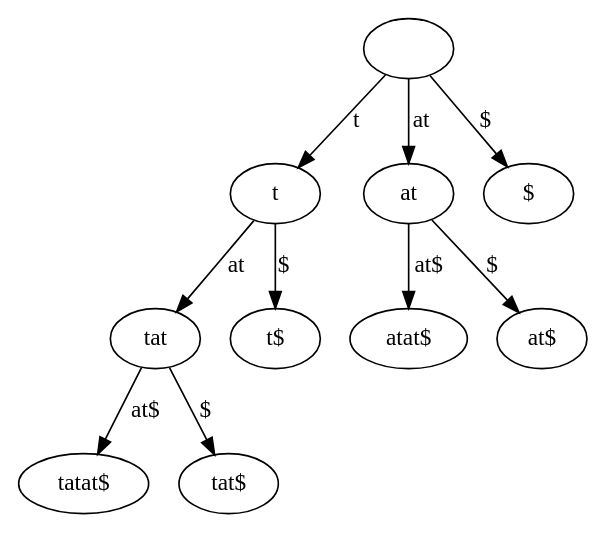
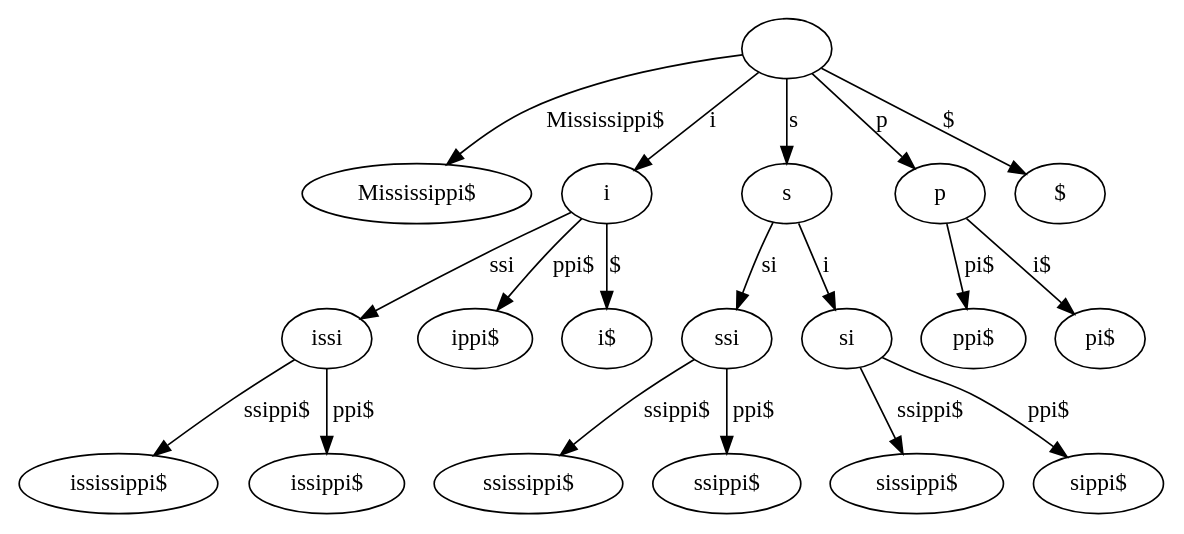
Before and after one commit to cmkobel/AiB: the diagram in project_7_suffix_trees/test-output/suffix tree.gv, drawn with Graphviz. The commit also changed 3 other files, not shown here.

```diff
--- a/project_7_suffix_trees/test-output/suffix tree.gv
+++ b/project_7_suffix_trees/test-output/suffix tree.gv
@@ -1,22 +1,40 @@
 // Suffix tree
 digraph {
 	"|" [label=""]
-	"t|t" [label=t]
-	"at|tat" [label=tat]
-	"at$|tatat$" [label="tatat$"]
-	"at|tat" -> "at$|tatat$" [label="at$"]
-	"$|tat$" [label="tat$"]
-	"at|tat" -> "$|tat$" [label="$"]
-	"t|t" -> "at|tat" [label=at]
-	"$|t$" [label="t$"]
-	"t|t" -> "$|t$" [label="$"]
-	"|" -> "t|t" [label=t]
-	"at|at" [label=at]
-	"at$|atat$" [label="atat$"]
-	"at|at" -> "at$|atat$" [label="at$"]
-	"$|at$" [label="at$"]
-	"at|at" -> "$|at$" [label="$"]
-	"|" -> "at|at" [label=at]
+	"Mississippi$|Mississippi$" [label="Mississippi$"]
+	"|" -> "Mississippi$|Mississippi$" [label="Mississippi$"]
+	"i|i" [label=i]
+	"ssi|issi" [label=issi]
+	"ssippi$|ississippi$" [label="ississippi$"]
+	"ssi|issi" -> "ssippi$|ississippi$" [label="ssippi$"]
+	"ppi$|issippi$" [label="issippi$"]
+	"ssi|issi" -> "ppi$|issippi$" [label="ppi$"]
+	"i|i" -> "ssi|issi" [label=ssi]
+	"ppi$|ippi$" [label="ippi$"]
+	"i|i" -> "ppi$|ippi$" [label="ppi$"]
+	"$|i$" [label="i$"]
+	"i|i" -> "$|i$" [label="$"]
+	"|" -> "i|i" [label=i]
+	"s|s" [label=s]
+	"si|ssi" [label=ssi]
+	"ssippi$|ssissippi$" [label="ssissippi$"]
+	"si|ssi" -> "ssippi$|ssissippi$" [label="ssippi$"]
+	"ppi$|ssippi$" [label="ssippi$"]
+	"si|ssi" -> "ppi$|ssippi$" [label="ppi$"]
+	"s|s" -> "si|ssi" [label=si]
+	"i|si" [label=si]
+	"ssippi$|sissippi$" [label="sissippi$"]
+	"i|si" -> "ssippi$|sissippi$" [label="ssippi$"]
+	"ppi$|sippi$" [label="sippi$"]
+	"i|si" -> "ppi$|sippi$" [label="ppi$"]
+	"s|s" -> "i|si" [label=i]
+	"|" -> "s|s" [label=s]
+	"p|p" [label=p]
+	"pi$|ppi$" [label="ppi$"]
+	"p|p" -> "pi$|ppi$" [label="pi$"]
+	"i$|pi$" [label="pi$"]
+	"p|p" -> "i$|pi$" [label="i$"]
+	"|" -> "p|p" [label=p]
 	"$|$" [label="$"]
 	"|" -> "$|$" [label="$"]
 }
```
